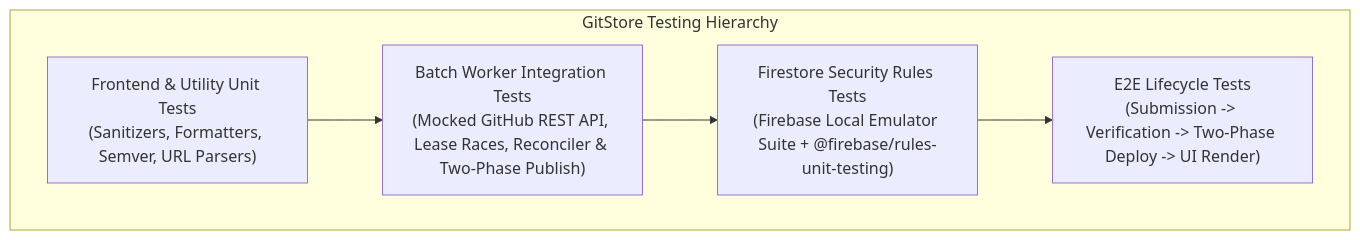
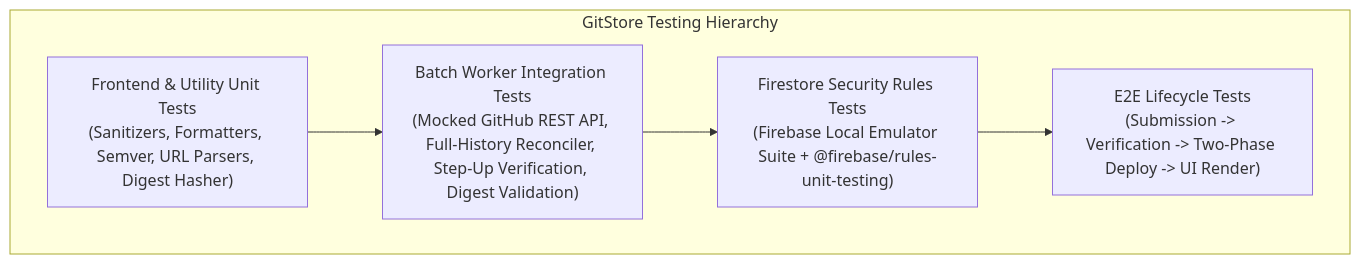
One commit to Rohitpvt/GitStore changed the diagram in docs/TESTING_STRATEGY.md. Above: the diagram before and after it, drawn with Mermaid. The commit also changed other lines of this file and 13 other files, not shown here.

Commit message:
chore(phase-0.1.5): finalize security rules, step-up auth and deployment recovery audit

````diff
--- a/docs/TESTING_STRATEGY.md
+++ b/docs/TESTING_STRATEGY.md
@@ -22,13 +22,13 @@
 ```mermaid
 flowchart TD
     subgraph Pyramid["GitStore Testing Hierarchy"]
         E2E["E2E Lifecycle Tests\n(Submission -> Verification -> Two-Phase Deploy -> UI Render)"]
         SecRules["Firestore Security Rules Tests\n(Firebase Local Emulator Suite + @firebase/rules-unit-testing)"]
-        WorkerInteg["Batch Worker Integration Tests\n(Mocked GitHub REST API, Lease Races, Reconciler & Two-Phase Publish)"]
-        Unit["Frontend & Utility Unit Tests\n(Sanitizers, Formatters, Semver, URL Parsers)"]
+        WorkerInteg["Batch Worker Integration Tests\n(Mocked GitHub REST API, Full-History Reconciler, Step-Up Verification, Digest Validation)"]
+        Unit["Frontend & Utility Unit Tests\n(Sanitizers, Formatters, Semver, URL Parsers, Digest Hasher)"]
     end
 
     Unit --> WorkerInteg
     WorkerInteg --> SecRules
     SecRules --> E2E
 ```
````
